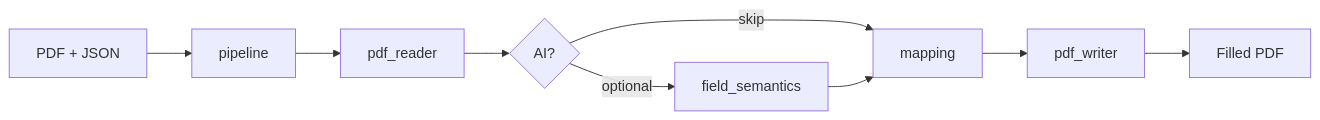
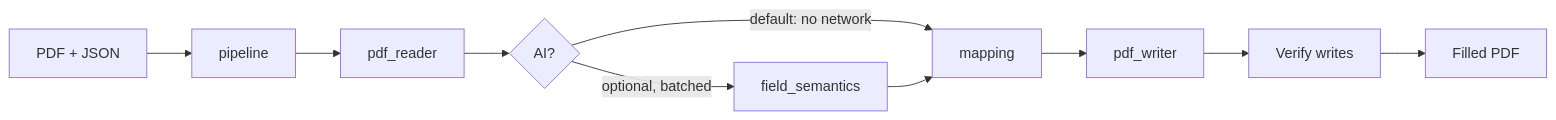
One commit to lindseystead/ai-pdf-autofiller changed the diagram in README.md. Above: the diagram before and after it, drawn with Mermaid. The commit also changed other lines of this file and 33 other files, not shown here.

````diff
--- a/README.md
+++ b/README.md
@@ -102,9 +103,9 @@
 ```mermaid
 flowchart LR
     A[PDF + JSON] --> B[pipeline]
     B --> C[pdf_reader]
     C --> D{AI?}
-    D -->|optional| E[field_semantics]
-    D -->|skip| F[mapping]
-    E --> F --> G[pdf_writer] --> H[Filled PDF]
+    D -->|optional, batched| E[field_semantics]
+    D -->|default: no network| F[mapping]
+    E --> F --> G[pdf_writer] --> H[Verify writes] --> I[Filled PDF]
 ```
````
